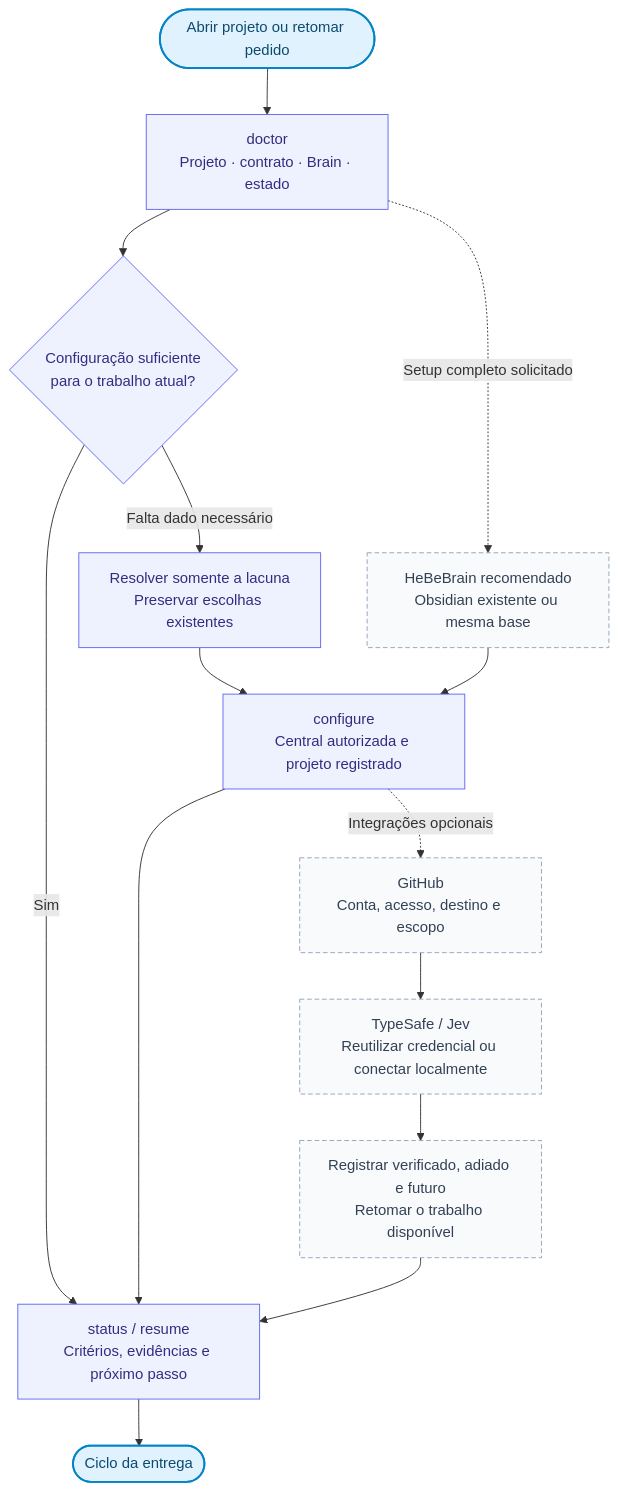
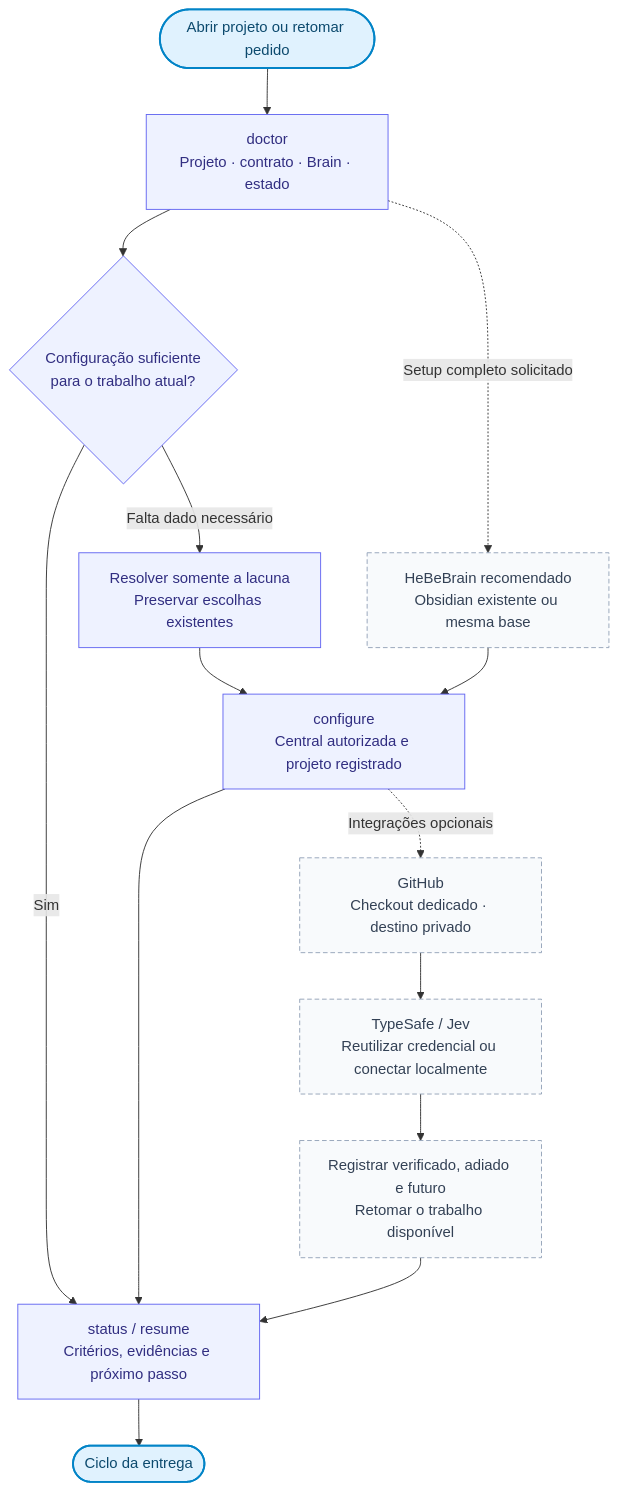
The first of 2 diagrams in plugins/hebe-orchestrator-codex/docs/MAPA-DO-PROJETO.md (HericlisBezerra/hebe-orchestrate-Codex), drawn with Mermaid before and after one commit. The commit also changed other lines of this file and 48 other files, not shown here.

````diff
--- a/plugins/hebe-orchestrator-codex/docs/MAPA-DO-PROJETO.md
+++ b/plugins/hebe-orchestrator-codex/docs/MAPA-DO-PROJETO.md
@@ -9,23 +9,23 @@
 ```mermaid
 flowchart TB
     A(["Abrir projeto ou retomar pedido"]) --> D["doctor<br/>Projeto · contrato · Brain · estado"]
     D --> R{"Configuração suficiente<br/>para o trabalho atual?"}
     R -->|Sim| T["status / resume<br/>Critérios, evidências e próximo passo"]
     R -->|Falta dado necessário| Q["Resolver somente a lacuna<br/>Preservar escolhas existentes"]
     Q --> C["configure<br/>Central autorizada e projeto registrado"]
     C --> T
     D -. "Setup completo solicitado" .-> S["HeBeBrain recomendado<br/>Obsidian existente ou mesma base"]
     S --> C
-    C -. "Integrações opcionais" .-> G["GitHub<br/>Conta, acesso, destino e escopo"]
+    C -. "Integrações opcionais" .-> G["GitHub<br/>Checkout dedicado · destino privado"]
     G --> J["TypeSafe / Jev<br/>Reutilizar credencial ou conectar localmente"]
     J --> E["Registrar verificado, adiado e futuro<br/>Retomar o trabalho disponível"]
     E --> T
     T --> F(["Ciclo da entrega"])
 
     classDef entry fill:#e0f2fe,color:#0c4a6e,stroke:#0284c7,stroke-width:2px;
     classDef local fill:#eef2ff,color:#312e81,stroke:#6366f1;
     classDef optional fill:#f8fafc,color:#334155,stroke:#94a3b8,stroke-dasharray:5 3;
     class A,F entry;
     class D,R,Q,C,T local;
     class S,G,J,E optional;
 ```
````
